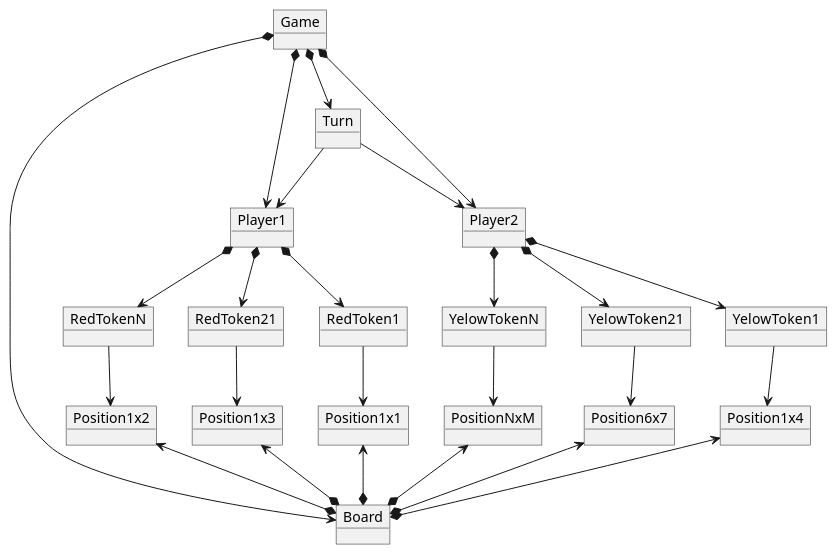
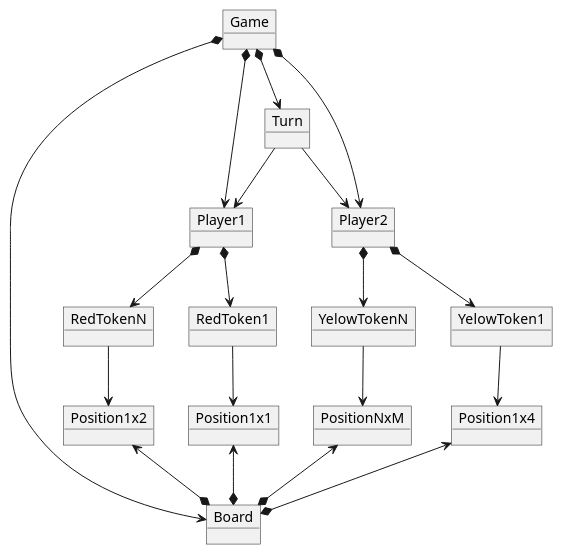
The third of 4 diagrams in mds2022/1-fundamentos/modelo-connect4.adoc (jartado/escuelait), drawn with PlantUML before and after one commit. The commit also changed other lines of this file, not shown here.

Commit message:
Composición de Player con Goal

```diff
--- a/mds2022/1-fundamentos/modelo-connect4.adoc
+++ b/mds2022/1-fundamentos/modelo-connect4.adoc
@@ -86,53 +86,43 @@
 [plantuml, DiagramaFinalState, svg]
 ....
 
 object Game
 object Player1
 object RedToken1
 object RedTokenN
-object RedToken21
 object Board
 object Turn
 object Player2
 object YelowToken1
 object YelowTokenN
-object YelowToken21
 object Position1x1
 object Position1x2
-object Position1x3
 object Position1x4
 object PositionNxM
-object Position6x7
 
 Game *--> Turn
 Game *--> Player1
 Game *--> Player2
 Game *--> Board
 
 Turn --> Player1
 Turn --> Player2
 
 Board *-u-> Position1x1
 Board *-u-> Position1x2
-Board *-u-> Position1x3
 Board *-u-> Position1x4
 Board *-u-> PositionNxM
-Board *-u-> Position6x7
 
 Player1 *--> RedToken1
 Player1 *--> RedTokenN
-Player1 *--> RedToken21
 
 Player2 *--> YelowToken1
 Player2 *--> YelowTokenN
-Player2 *--> YelowToken21
 
 RedToken1 --> Position1x1
 RedTokenN --> Position1x2
-RedToken21 --> Position1x3
 
 YelowToken1 --> Position1x4
 YelowTokenN --> PositionNxM
-YelowToken21 --> Position6x7
 
 ....
```
